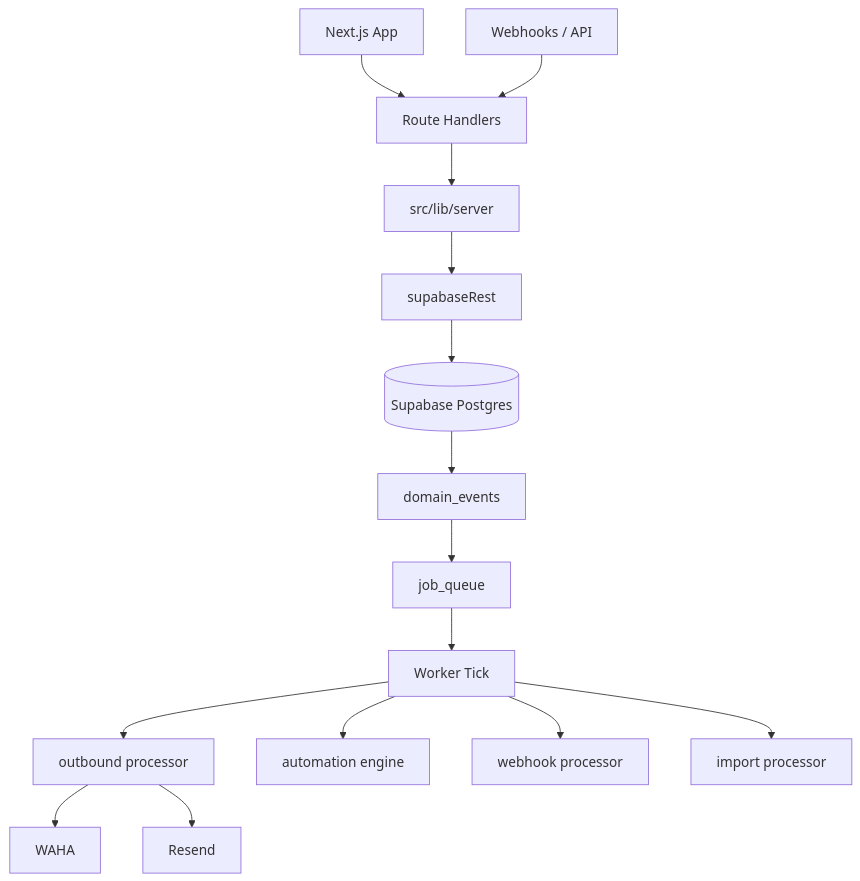
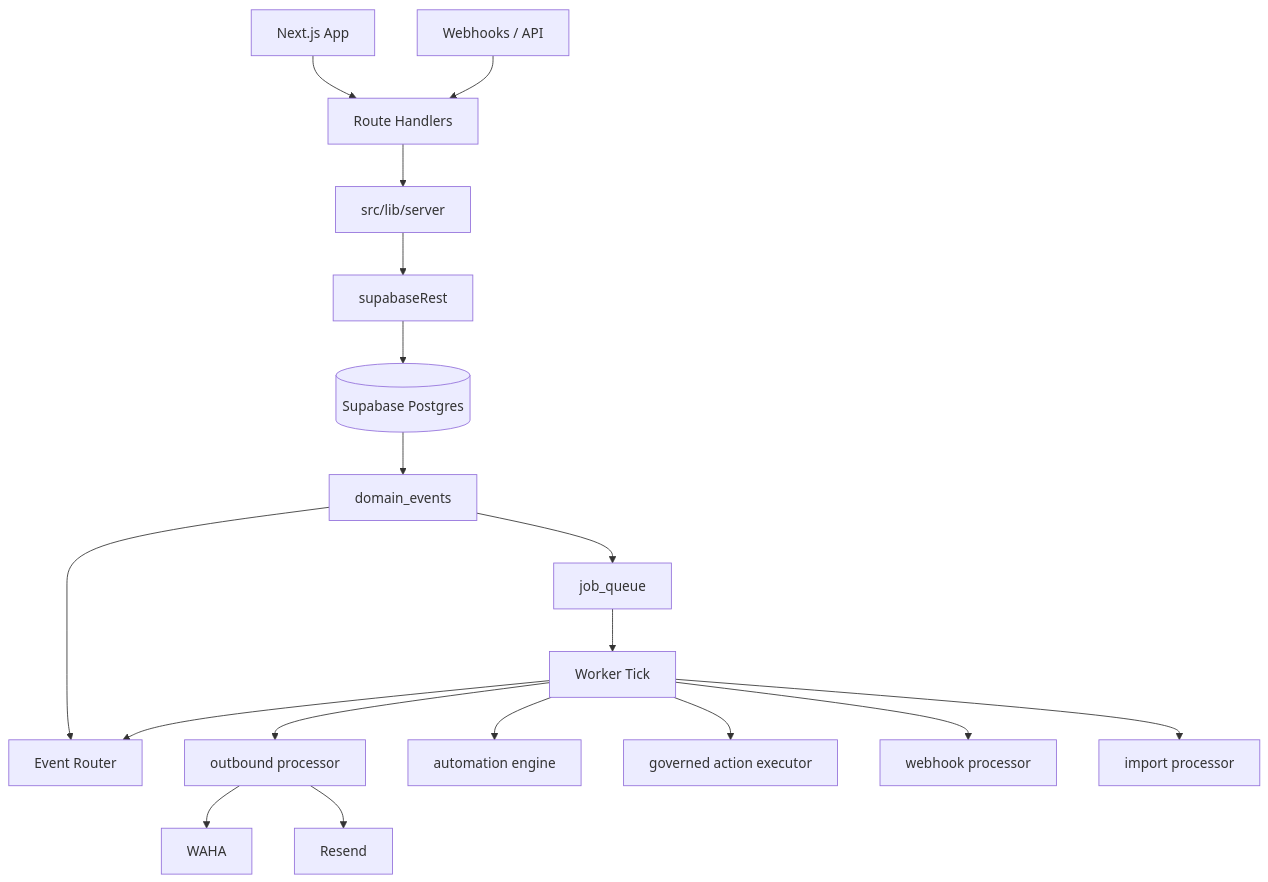
Before and after one commit to andreydecorvital-sudo/CRM: the sixth of 6 diagrams in docs/SYSTEM_MAP.md, drawn with Mermaid. The commit also changed other lines of this file and 22 other files, not shown here.

Commit message:
feat: add governed CRM event router

````diff
--- a/docs/SYSTEM_MAP.md
+++ b/docs/SYSTEM_MAP.md
@@ -215,20 +256,23 @@
 ```mermaid
 flowchart TB
   UI[Next.js App] --> ROUTES[Route Handlers]
   EXT[Webhooks / API] --> ROUTES
   ROUTES --> SERVICES[src/lib/server]
   SERVICES --> REST[supabaseRest]
   REST --> DB[(Supabase Postgres)]
 
   DB --> EVENTS[domain_events]
   EVENTS --> JOBS[job_queue]
+  EVENTS --> ROUTER[Event Router]
   JOBS --> WORKER[Worker Tick]
 
   WORKER --> OUT[outbound processor]
   WORKER --> AUTO[automation engine]
+  WORKER --> ROUTER
+  WORKER --> EXEC[governed action executor]
   WORKER --> WEBHOOK[webhook processor]
   WORKER --> IMPORT[import processor]
 
   OUT --> WAHA[WAHA]
   OUT --> EMAIL[Resend]
 ```
````
